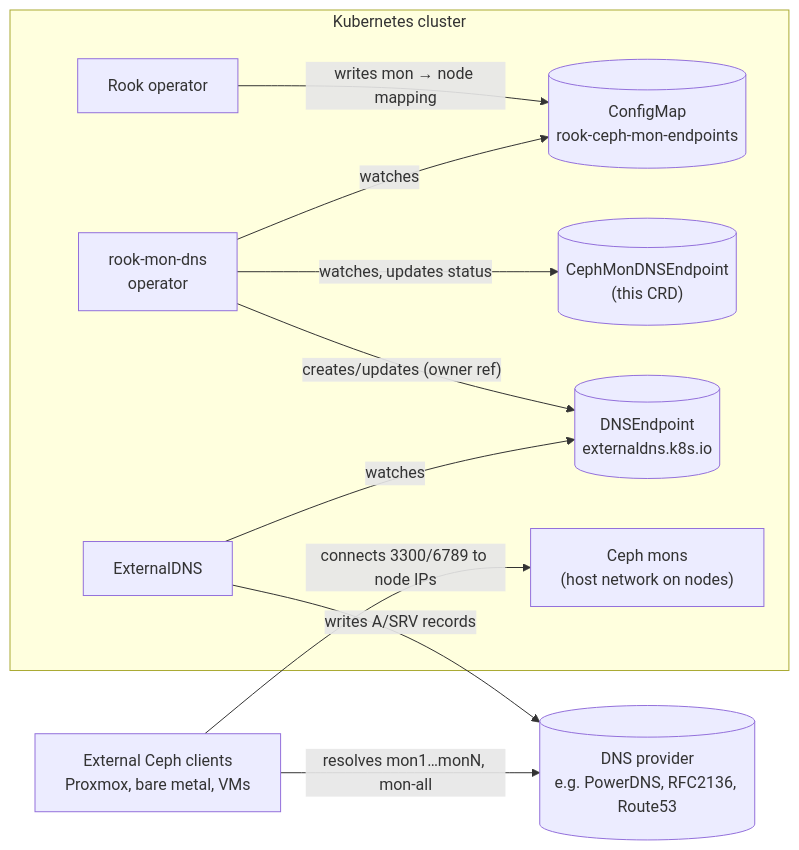
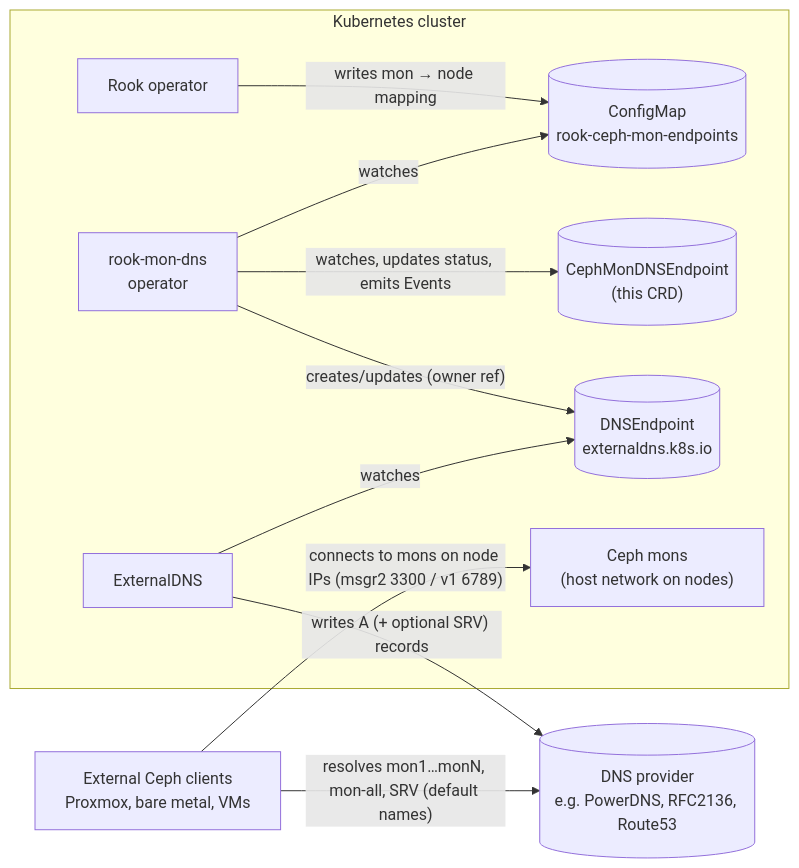
One commit to rook-mon-dns/rook-mon-dns changed the diagram in README.md. Above: the diagram before and after it, drawn with Mermaid. The commit also changed other lines of this file, not shown here.

Commit message:
docs: clarify architecture diagram labels

````diff
--- a/README.md
+++ b/README.md
@@ -14,23 +14,23 @@
 ```mermaid
 flowchart LR
     subgraph k8s["Kubernetes cluster"]
         rook["Rook operator"]
         cm[("ConfigMap<br/>rook-ceph-mon-endpoints")]
         cr[("CephMonDNSEndpoint<br/>(this CRD)")]
         op["rook-mon-dns<br/>operator"]
         dnsep[("DNSEndpoint<br/>externaldns.k8s.io")]
         edns["ExternalDNS"]
         mons["Ceph mons<br/>(host network on nodes)"]
     end
     dns[("DNS provider<br/>e.g. PowerDNS, RFC2136, Route53")]
     client["External Ceph clients<br/>Proxmox, bare metal, VMs"]
 
     rook -- "writes mon → node mapping" --> cm
     op -- "watches" --> cm
-    op -- "watches, updates status" --> cr
+    op -- "watches, updates status, emits Events" --> cr
     op -- "creates/updates (owner ref)" --> dnsep
     edns -- "watches" --> dnsep
-    edns -- "writes A/SRV records" --> dns
-    client -- "resolves mon1…monN, mon-all" --> dns
-    client -- "connects 3300/6789 to node IPs" --> mons
+    edns -- "writes A (+ optional SRV) records" --> dns
+    client -- "resolves mon1…monN, mon-all, SRV (default names)" --> dns
+    client -- "connects to mons on node IPs (msgr2 3300 / v1 6789)" --> mons
 ```
````
